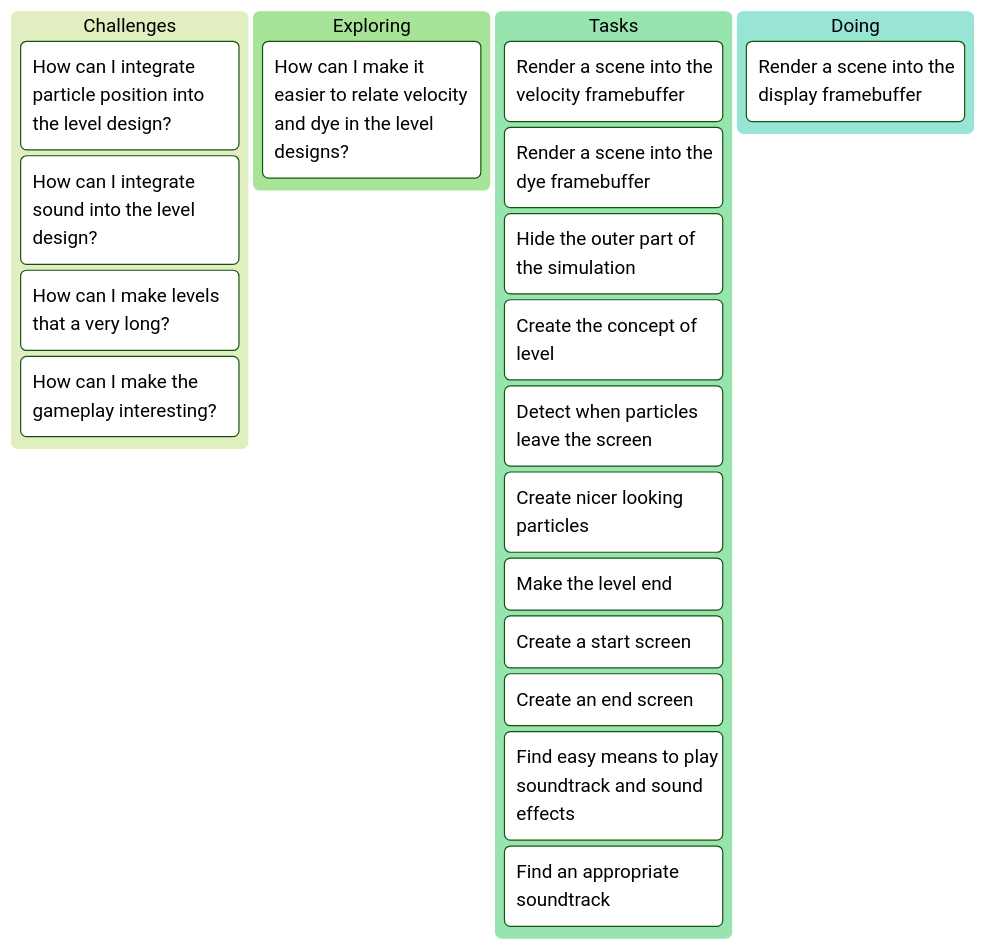
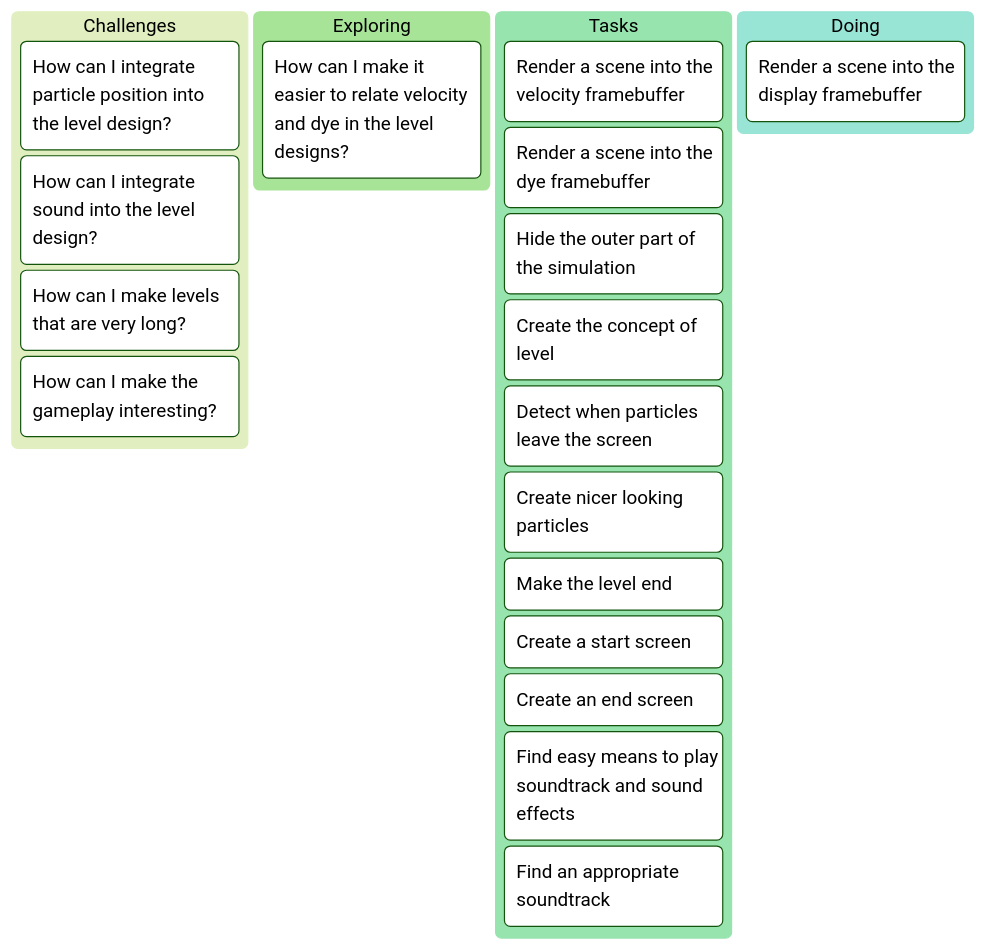
One commit to WimYedema/flimsy changed the diagram in DEVELOPMENT.md. Above: the diagram before and after it, drawn with Mermaid (forest theme). The commit also changed other lines of this file and 11 other files, not shown here.

````diff
--- a/DEVELOPMENT.md
+++ b/DEVELOPMENT.md
@@ -15,24 +21,24 @@
 ```mermaid
 kanban
    Challenges
      [How can I integrate particle position into the level design?]
      [How can I integrate sound into the level design?]
-     [How can I make levels that a very long?]
+     [How can I make levels that are very long?]
      [How can I make the gameplay interesting?]
    Exploring
      [How can I make it easier to relate velocity and dye in the level designs?]
    Tasks
      [Render a scene into the velocity framebuffer]
      [Render a scene into the dye framebuffer]
      [Hide the outer part of the simulation]
      [Create the concept of level]
      [Detect when particles leave the screen]
      [Create nicer looking particles]
      [Make the level end]
      [Create a start screen]
      [Create an end screen]
      [Find easy means to play soundtrack and sound effects]
      [Find an appropriate soundtrack]
    Doing
      [Render a scene into the display framebuffer]
 ```
````
